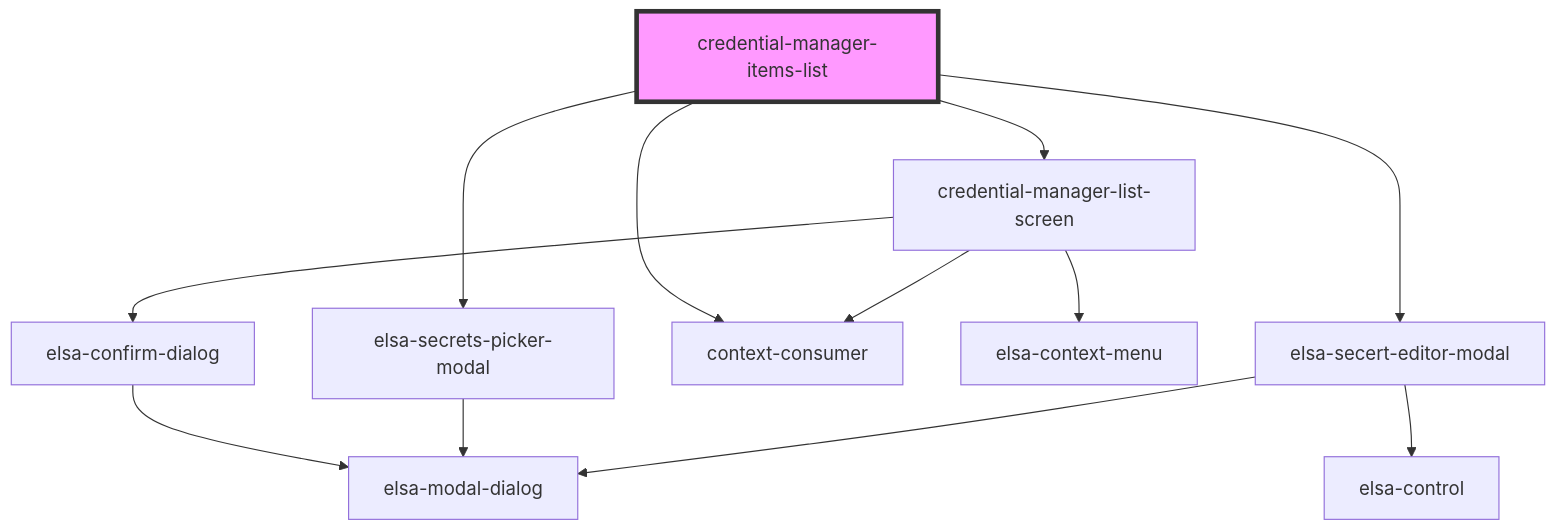
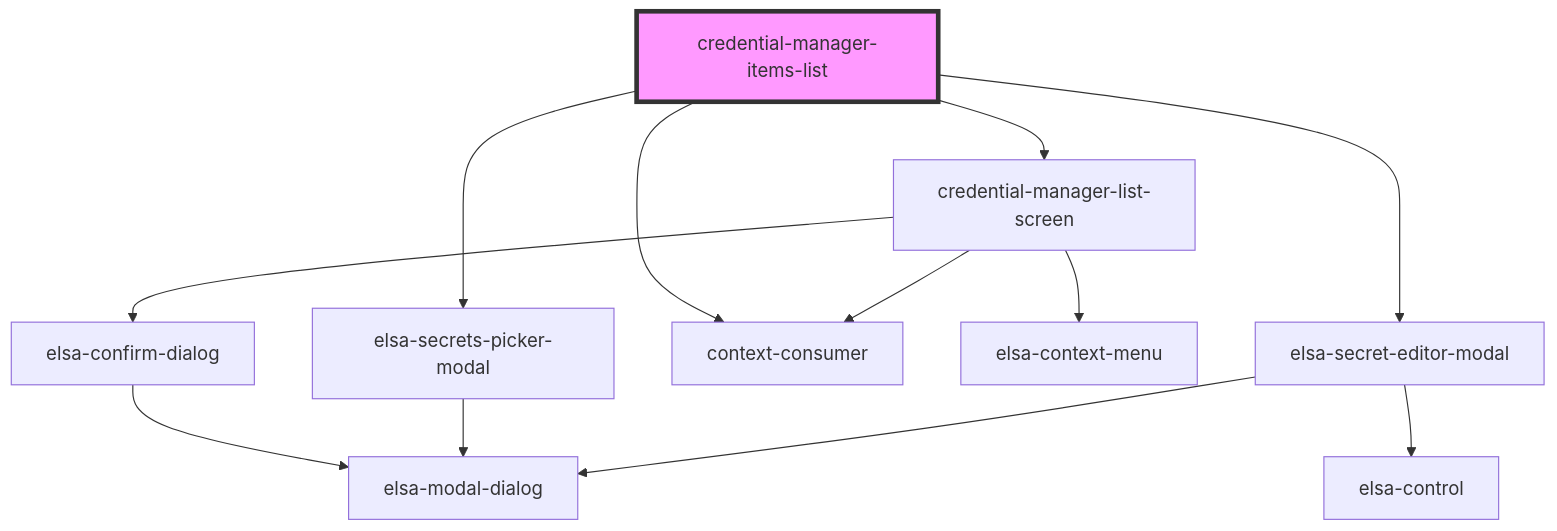
One commit to elsa-workflows/elsa-core changed the diagram in src/designer/elsa-workflows-studio/src/modules/credential-manager/pages/readme.md. Above: the diagram before and after it, drawn with Mermaid. The commit also changed other lines of this file and 17 other files, not shown here.

````diff
--- a/src/designer/elsa-workflows-studio/src/modules/credential-manager/pages/readme.md
+++ b/src/designer/elsa-workflows-studio/src/modules/credential-manager/pages/readme.md
@@ -26,15 +26,15 @@
 ```mermaid
 graph TD;
   credential-manager-items-list --> credential-manager-list-screen
   credential-manager-items-list --> elsa-secrets-picker-modal
-  credential-manager-items-list --> elsa-secert-editor-modal
+  credential-manager-items-list --> elsa-secret-editor-modal
   credential-manager-items-list --> context-consumer
   credential-manager-list-screen --> elsa-context-menu
   credential-manager-list-screen --> elsa-confirm-dialog
   credential-manager-list-screen --> context-consumer
   elsa-confirm-dialog --> elsa-modal-dialog
   elsa-secrets-picker-modal --> elsa-modal-dialog
-  elsa-secert-editor-modal --> elsa-modal-dialog
-  elsa-secert-editor-modal --> elsa-control
+  elsa-secret-editor-modal --> elsa-modal-dialog
+  elsa-secret-editor-modal --> elsa-control
   style credential-manager-items-list fill:#f9f,stroke:#333,stroke-width:4px
 ```
````
